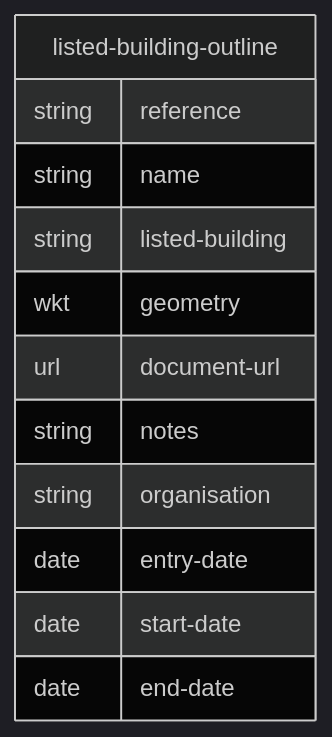
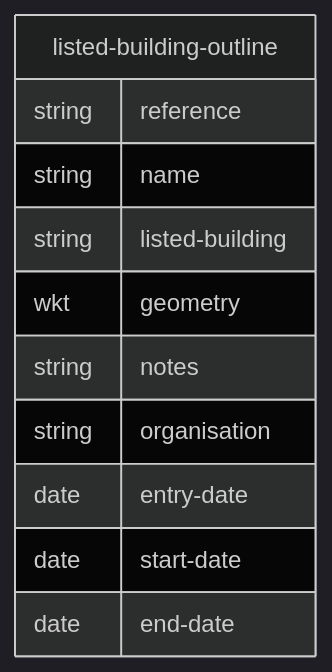
Before and after one commit to digital-land/specification: the diagram in docs/mermaid/listed-building.md, drawn with Mermaid (dark theme). The commit also changed 9 other files, not shown here.

````diff
--- a/docs/mermaid/listed-building.md
+++ b/docs/mermaid/listed-building.md
@@ -4,15 +4,14 @@
 ```mermaid
 erDiagram
     listed-building-outline {
         string reference
         string name
         string listed-building
         wkt geometry
-        url document-url
         string notes
         string organisation
         date entry-date
         date start-date
         date end-date
     }
 ```
````
